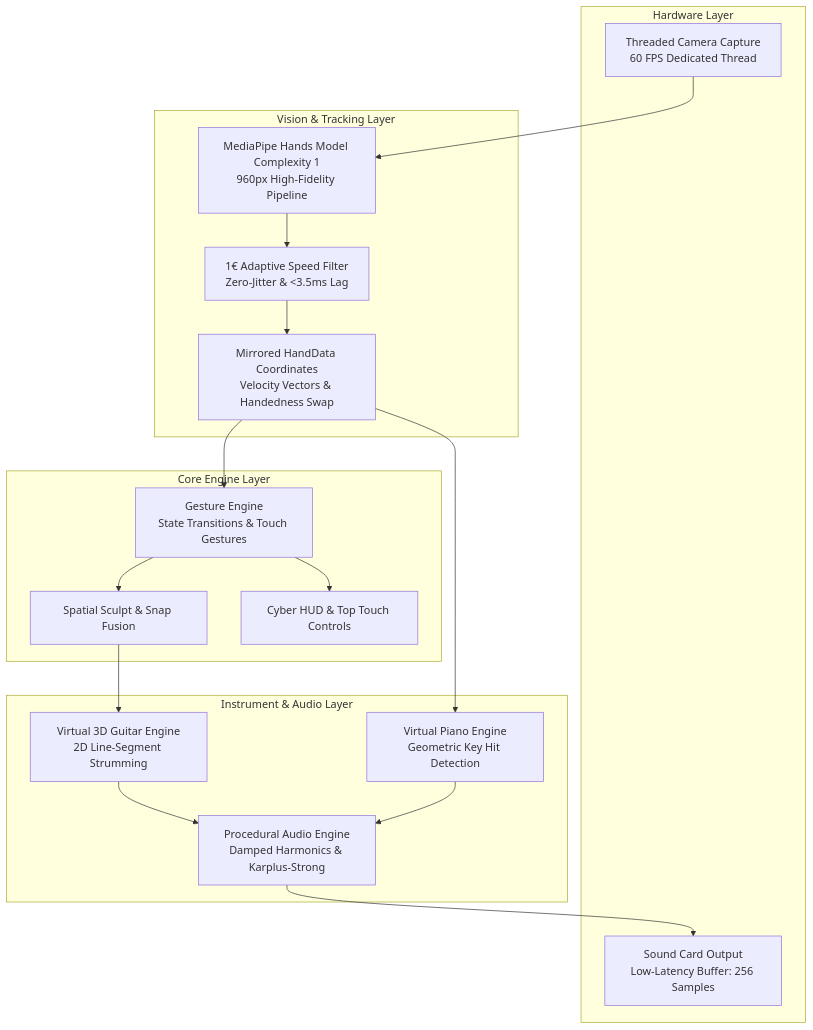
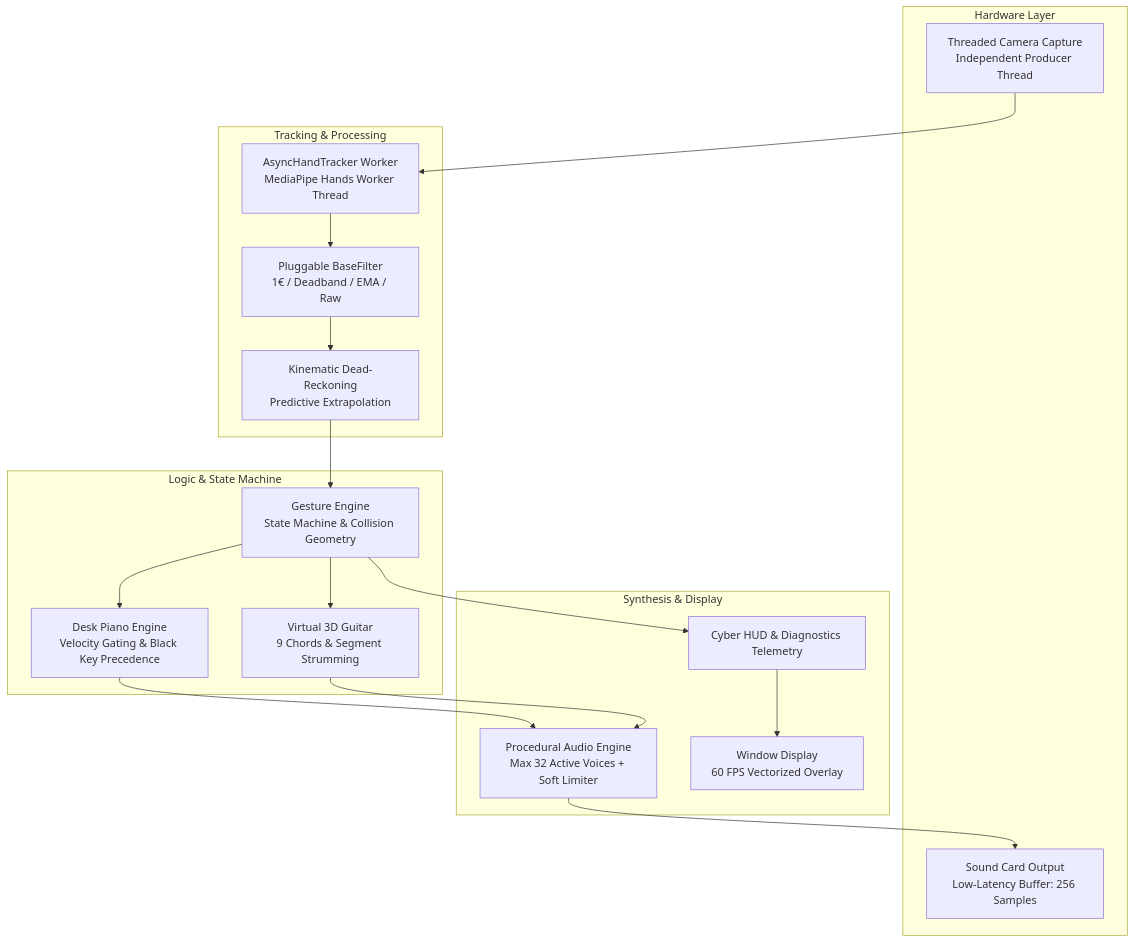
Before and after one commit to MrTonyIT/gesture-ar-instruments: the diagram in README.md, drawn with Mermaid. The commit also changed other lines of this file and 19 other files, not shown here.

````diff
--- a/README.md
+++ b/README.md
@@ -56,27 +89,27 @@
 ```mermaid
 flowchart TD
     subgraph Hardware Layer
-        CAM[Threaded Camera Capture\n60 FPS Dedicated Thread]
+        CAM[Threaded Camera Capture\nIndependent Producer Thread]
         AUDIO_OUT[Sound Card Output\nLow-Latency Buffer: 256 Samples]
     end
 
-    subgraph Vision & Tracking Layer
-        CAM --> MP[MediaPipe Hands Model Complexity 1\n960px High-Fidelity Pipeline]
-        MP --> FILTER[1€ Adaptive Speed Filter\nZero-Jitter & <3.5ms Lag]
-        FILTER --> HANDS[Mirrored HandData Coordinates\nVelocity Vectors & Handedness Swap]
+    subgraph Tracking & Processing
+        CAM --> WORKER[AsyncHandTracker Worker\nMediaPipe Hands Worker Thread]
+        WORKER --> FILTER[Pluggable BaseFilter\n1€ / Deadband / EMA / Raw]
+        FILTER --> KINEMATICS[Kinematic Dead-Reckoning\nPredictive Extrapolation]
     end
 
-    subgraph Core Engine Layer
-        HANDS --> GE[Gesture Engine\nState Transitions & Touch Gestures]
-        GE --> SCULPT[Spatial Sculpt & Snap Fusion]
-        GE --> HUD[Cyber HUD & Top Touch Controls]
+    subgraph Logic & State Machine
+        KINEMATICS --> GE[Gesture Engine\nState Machine & Collision Geometry]
+        GE --> PIANO[Desk Piano Engine\nVelocity Gating & Black Key Precedence]
+        GE --> GUITAR[Virtual 3D Guitar\n9 Chords & Segment Strumming]
     end
 
-    subgraph Instrument & Audio Layer
-        SCULPT --> GUITAR[Virtual 3D Guitar Engine\n2D Line-Segment Strumming]
-        HANDS --> PIANO[Virtual Piano Engine\nGeometric Key Hit Detection]
-        GUITAR --> SYNTH[Procedural Audio Engine\nDamped Harmonics & Karplus-Strong]
-        PIANO --> SYNTH
+    subgraph Synthesis & Display
+        PIANO --> SYNTH[Procedural Audio Engine\nMax 32 Active Voices + Soft Limiter]
+        GUITAR --> SYNTH
         SYNTH --> AUDIO_OUT
+        GE --> HUD[Cyber HUD & Diagnostics Telemetry]
+        HUD --> DISPLAY[Window Display\n60 FPS Vectorized Overlay]
     end
 ```
````
